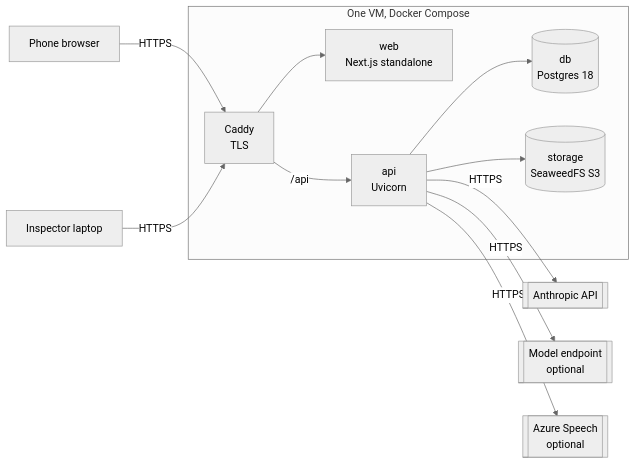
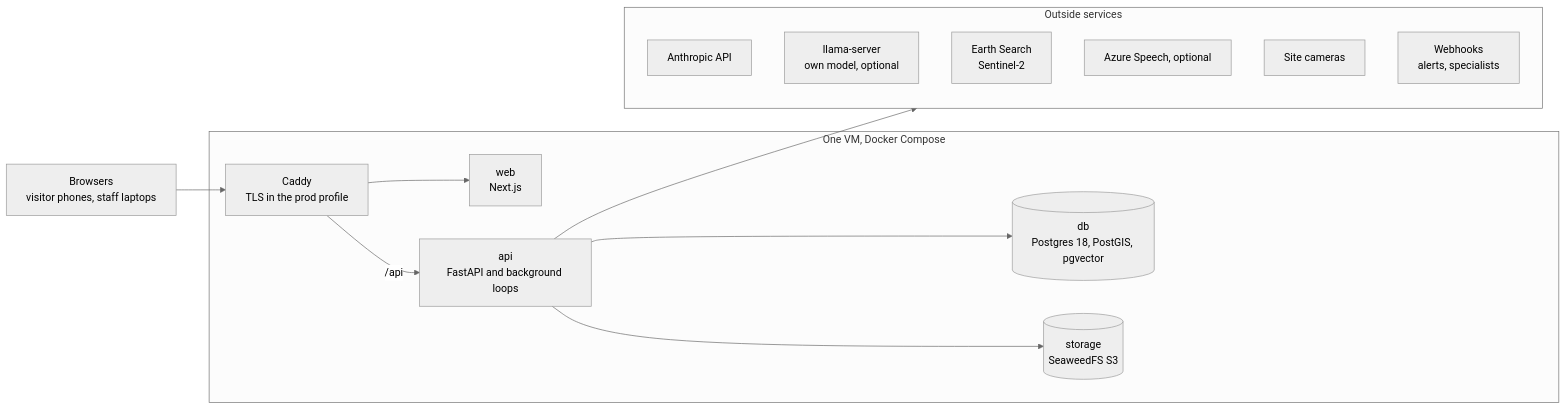
Before and after one commit to Muath477/Athar: the second of 2 diagrams in README.md, drawn with Mermaid (neutral theme). The commit also changed other lines of this file and 1 other file, not shown here.

Commit message:
Rewrite the README as one document

````diff
--- a/README.md
+++ b/README.md
@@ -567,19 +276,24 @@
 ```mermaid
 flowchart LR
-  phone[Phone browser] -- HTTPS --> caddy
-  laptop[Inspector laptop] -- HTTPS --> caddy
-  subgraph vm[One VM, Docker Compose]
-    caddy[Caddy<br/>TLS]
-    web[web<br/>Next.js standalone]
-    api[api<br/>Uvicorn]
-    db[(db<br/>Postgres 18)]
-    storage[(storage<br/>SeaweedFS S3)]
+  browser["Browsers<br/>visitor phones, staff laptops"] --> caddy
+  subgraph host["One VM, Docker Compose"]
+    caddy["Caddy<br/>TLS in the prod profile"]
+    web["web<br/>Next.js"]
+    api["api<br/>FastAPI and background loops"]
+    db[("db<br/>Postgres 18, PostGIS, pgvector")]
+    storage[("storage<br/>SeaweedFS S3")]
+  end
+  subgraph outside["Outside services"]
+    claude["Anthropic API"]
+    qwen["llama-server<br/>own model, optional"]
+    stac["Earth Search<br/>Sentinel-2"]
+    speech["Azure Speech, optional"]
+    cameras["Site cameras"]
+    hooks["Webhooks<br/>alerts, specialists"]
   end
   caddy --> web
-  caddy -- /api --> api
+  caddy -->|/api| api
   api --> db
   api --> storage
-  api -- HTTPS --> anthropic[[Anthropic API]]
-  api -- HTTPS --> hf[[Model endpoint<br/>optional]]
-  api -- HTTPS --> azure[[Azure Speech<br/>optional]]
+  api --> outside
 ```
````
